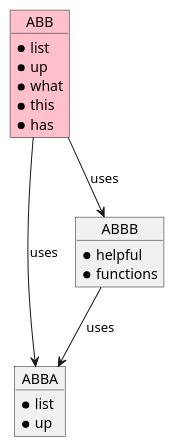
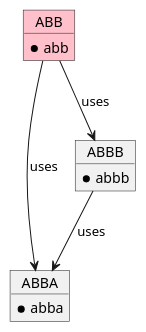
The diagram in Example/Docs/Dependencies/ABB.puml (konbraphat51/module_rule), drawn with PlantUML before and after one commit.

Commit message:
fix: content of module

```diff
--- a/Example/Docs/Dependencies/ABB.puml
+++ b/Example/Docs/Dependencies/ABB.puml
@@ -1,30 +1,24 @@
 @startuml Dependency_ABB
 ' Image can be obtained from
 ' https://www.plantuml.com/plantuml/uml/SyfFKj2rKt3CoKnELR1Io4ZDoSa70000
 
 ' Write all modules here
 object ABB #Pink {
-    * list
-    * up
-    * what
-    * this
-    * has
+    * abb
 }
 
 object ABBA {
-    * list
-    * up
+    * abba
 }
 
 object ABBB {
-    * helpful
-    * functions
+    * abbb
 }
 
 ' Write all dependencies here
 ' X --> Y means X depends on Y
 ABBB --> ABBA : uses
 ABB --> ABBB : uses
 ABB --> ABBA : uses
 
 @enduml
```
